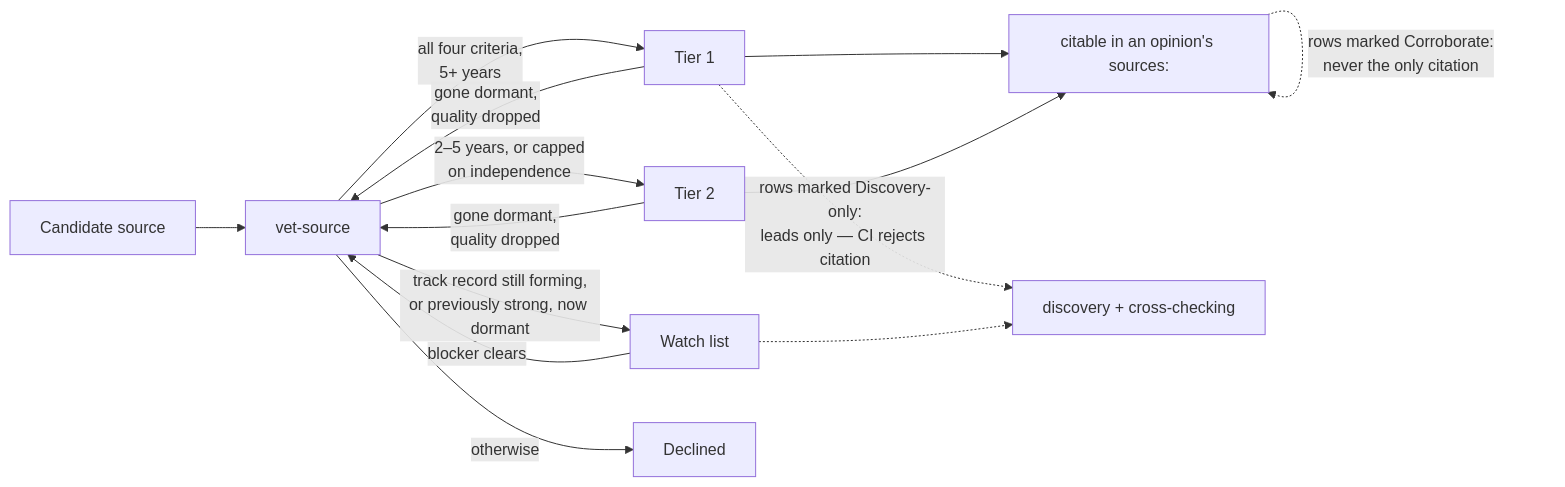
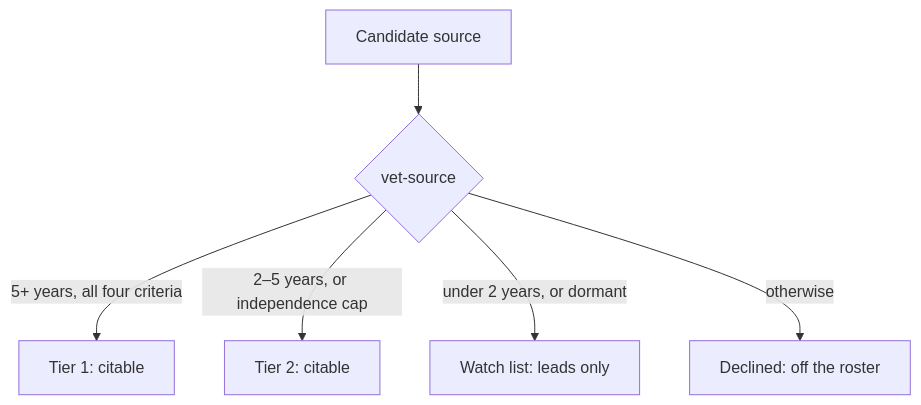
Before and after one commit to si618/dotnet-awesome-humans: the first of 2 diagrams in README.md, drawn with Mermaid. The commit also changed other lines of this file, not shown here.

Commit message:
docs: redraw both README diagrams as top-down fan-outs (#56)
The source-admission flowchart answered two questions in one picture, in
two grammars, with no legend: admission via solid edges, usage rights via
dotted ones. It also carried a self-loop on `cite`, three back-edges into
`vet` crossing the tier column in an LR layout, and edge labels longer
than the nodes they joined.

Both diagrams are now a single top-down fan-out: one branch point, one
row of outcomes, no back-edges, no dotted second grammar, no `<br>` in
any label. Each outcome states its own consequence after a colon, the
separator AGENTS.md already prescribes for `Label: definition`.

What left the pictures moved into the sentence under each. That fixes a
claim the old arrows made by accident: `tier1 -.-> discovery` read as
"Discovery-only is a Tier 1 thing", when both markings are orthogonal to
tier. The prose says "at either tier" outright. On the research diagram
the `file deleted` node was drawing a fact the paragraph above it had
just stated; only the remainder loop needed new words.

Claude-Session: https://claude.ai/code/session_01LPrXdw9NyQiaXuL6npgrjJ

````diff
--- a/README.md
+++ b/README.md
@@ -61,16 +61,8 @@
 ```mermaid
-flowchart LR
-    candidate["Candidate source"] --> vet["vet-source"]
-    vet -->|"all four criteria,<br>5+ years"| tier1["Tier 1"]
-    vet -->|"2–5 years, or capped<br>on independence"| tier2["Tier 2"]
-    vet -->|"track record still forming,<br>or previously strong, now dormant"| watch["Watch list"]
-    vet -->|"otherwise"| declined["Declined"]
-    watch -->|"blocker clears"| vet
-    tier1 -->|"gone dormant,<br>quality dropped"| vet
-    tier2 -->|"gone dormant,<br>quality dropped"| vet
-    tier1 --> cite["citable in an opinion's sources:"]
-    tier2 --> cite
-    tier1 -.->|"rows marked Discovery-only:<br>leads only — CI rejects citation"| discovery["discovery + cross-checking"]
-    cite -.->|"rows marked Corroborate:<br>never the only citation"| cite
-    watch -.-> discovery
+flowchart TD
+    candidate["Candidate source"] --> vet{"vet-source"}
+    vet -->|"5+ years, all four criteria"| tier1["Tier 1: citable"]
+    vet -->|"2–5 years, or independence cap"| tier2["Tier 2: citable"]
+    vet -->|"under 2 years, or dormant"| watch["Watch list: leads only"]
+    vet -->|"otherwise"| declined["Declined: off the roster"]
 ```
````
